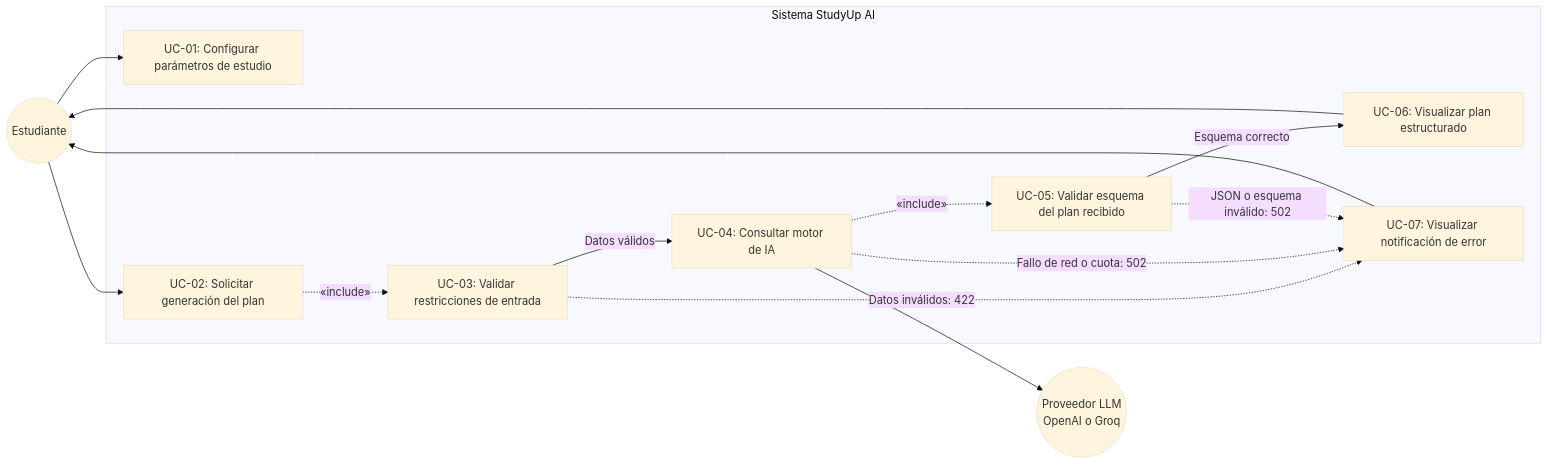
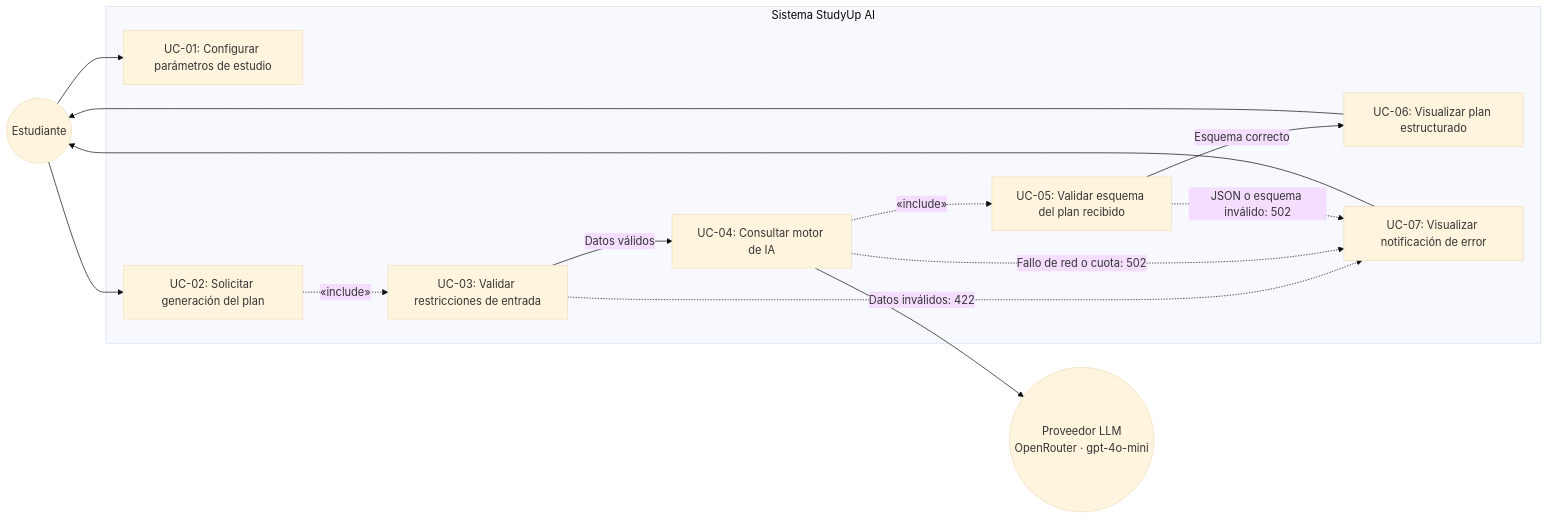
Before and after one commit to davidodo123/StudyUp: the first of 5 diagrams in pract01-studyup.md, drawn with Mermaid (base theme). The commit also changed other lines of this file and 5 other files, not shown here.

````diff
--- a/pract01-studyup.md
+++ b/pract01-studyup.md
@@ -225,28 +225,28 @@
 ```mermaid
 flowchart LR
     User(("Estudiante"))
-    AIService(("Proveedor LLM<br/>OpenAI o Groq"))
+    AIService(("Proveedor LLM<br/>OpenRouter · gpt-4o-mini"))
 
     subgraph StudyUp_System ["Sistema StudyUp AI"]
         UC01["UC-01: Configurar parámetros de estudio"]
         UC02["UC-02: Solicitar generación del plan"]
         UC03["UC-03: Validar restricciones de entrada"]
         UC04["UC-04: Consultar motor de IA"]
         UC05["UC-05: Validar esquema del plan recibido"]
         UC06["UC-06: Visualizar plan estructurado"]
         UC07["UC-07: Visualizar notificación de error"]
     end
 
     User --> UC01
     User --> UC02
     UC02 -.->|"«include»"| UC03
     UC03 -->|"Datos válidos"| UC04
     UC04 --> AIService
     UC04 -.->|"«include»"| UC05
     UC05 -->|"Esquema correcto"| UC06
     UC03 -.->|"Datos inválidos: 422"| UC07
     UC04 -.->|"Fallo de red o cuota: 502"| UC07
     UC05 -.->|"JSON o esquema inválido: 502"| UC07
     UC06 --> User
     UC07 --> User
 ```
````
